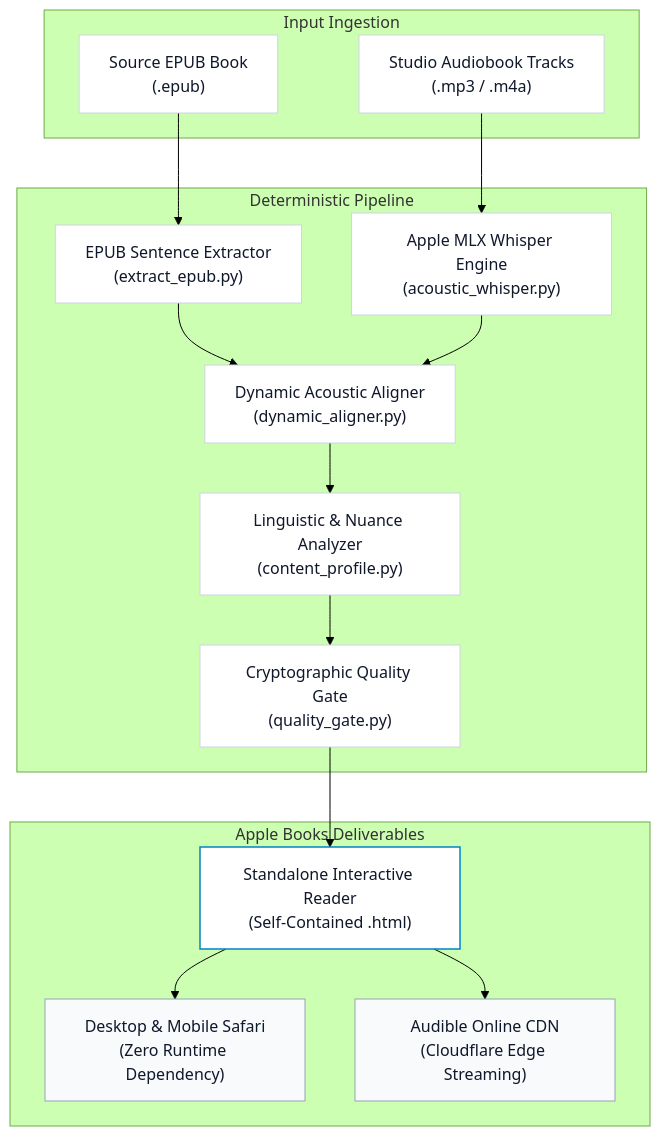
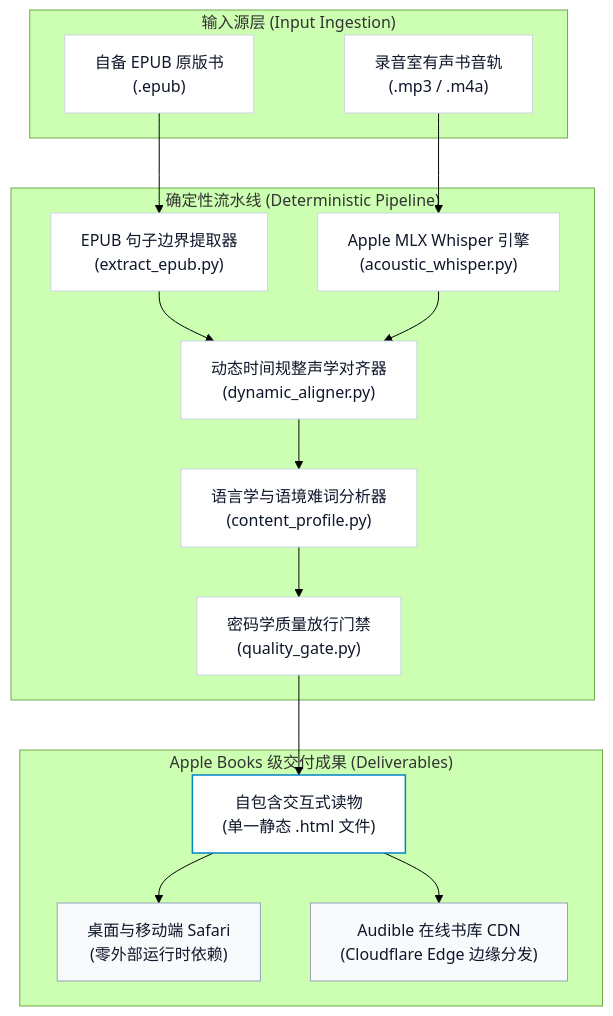
Before and after one commit to chase-yuan/interactive-audiobook-reader-pipeline: the diagram in README.md, drawn with Mermaid (forest theme). The commit also changed other lines of this file and 1 other file, not shown here.

````diff
--- a/README.md
+++ b/README.md
@@ -47,33 +64,33 @@
 ```mermaid
 flowchart TD
-    subgraph "Input Ingestion"
-        A["Source EPUB Book<br>(.epub)"]
-        B["Studio Audiobook Tracks<br>(.mp3 / .m4a)"]
+    subgraph "输入源层 (Input Ingestion)"
+        A["自备 EPUB 原版书<br>(.epub)"]
+        B["录音室有声书音轨<br>(.mp3 / .m4a)"]
     end
 
-    subgraph "Deterministic Pipeline"
-        A --> C["EPUB Sentence Extractor<br>(extract_epub.py)"]
-        B --> D["Apple MLX Whisper Engine<br>(acoustic_whisper.py)"]
-        C --> E["Dynamic Acoustic Aligner<br>(dynamic_aligner.py)"]
+    subgraph "确定性流水线 (Deterministic Pipeline)"
+        A --> C["EPUB 句子边界提取器<br>(extract_epub.py)"]
+        B --> D["Apple MLX Whisper 引擎<br>(acoustic_whisper.py)"]
+        C --> E["动态时间规整声学对齐器<br>(dynamic_aligner.py)"]
         D --> E
-        E --> F["Linguistic & Nuance Analyzer<br>(content_profile.py)"]
-        F --> G["Cryptographic Quality Gate<br>(quality_gate.py)"]
+        E --> F["语言学与语境难词分析器<br>(content_profile.py)"]
+        F --> G["密码学质量放行门禁<br>(quality_gate.py)"]
     end
 
-    subgraph "Apple Books Deliverables"
-        G --> H["Standalone Interactive Reader<br>(Self-Contained .html)"]
-        H --> I["Desktop & Mobile Safari<br>(Zero Runtime Dependency)"]
-        H --> J["Audible Online CDN<br>(Cloudflare Edge Streaming)"]
+    subgraph "Apple Books 级交付成果 (Deliverables)"
+        G --> H["自包含交互式读物<br>(单一静态 .html 文件)"]
+        H --> I["桌面与移动端 Safari<br>(零外部运行时依赖)"]
+        H --> J["Audible 在线书库 CDN<br>(Cloudflare Edge 边缘分发)"]
     end
 
     style A fill:#ffffff,stroke:#cbd5e1,stroke-width:1px,color:#0f172a
     style B fill:#ffffff,stroke:#cbd5e1,stroke-width:1px,color:#0f172a
     style C fill:#ffffff,stroke:#cbd5e1,stroke-width:1px,color:#0f172a
     style D fill:#ffffff,stroke:#cbd5e1,stroke-width:1px,color:#0f172a
     style E fill:#ffffff,stroke:#cbd5e1,stroke-width:1px,color:#0f172a
     style F fill:#ffffff,stroke:#cbd5e1,stroke-width:1px,color:#0f172a
     style G fill:#ffffff,stroke:#cbd5e1,stroke-width:1px,color:#0f172a
     style H fill:#ffffff,stroke:#0284c7,stroke-width:1.5px,color:#0f172a
     style I fill:#f8fafc,stroke:#94a3b8,stroke-width:1px,color:#0f172a
     style J fill:#f8fafc,stroke:#94a3b8,stroke-width:1px,color:#0f172a
 ```
````
